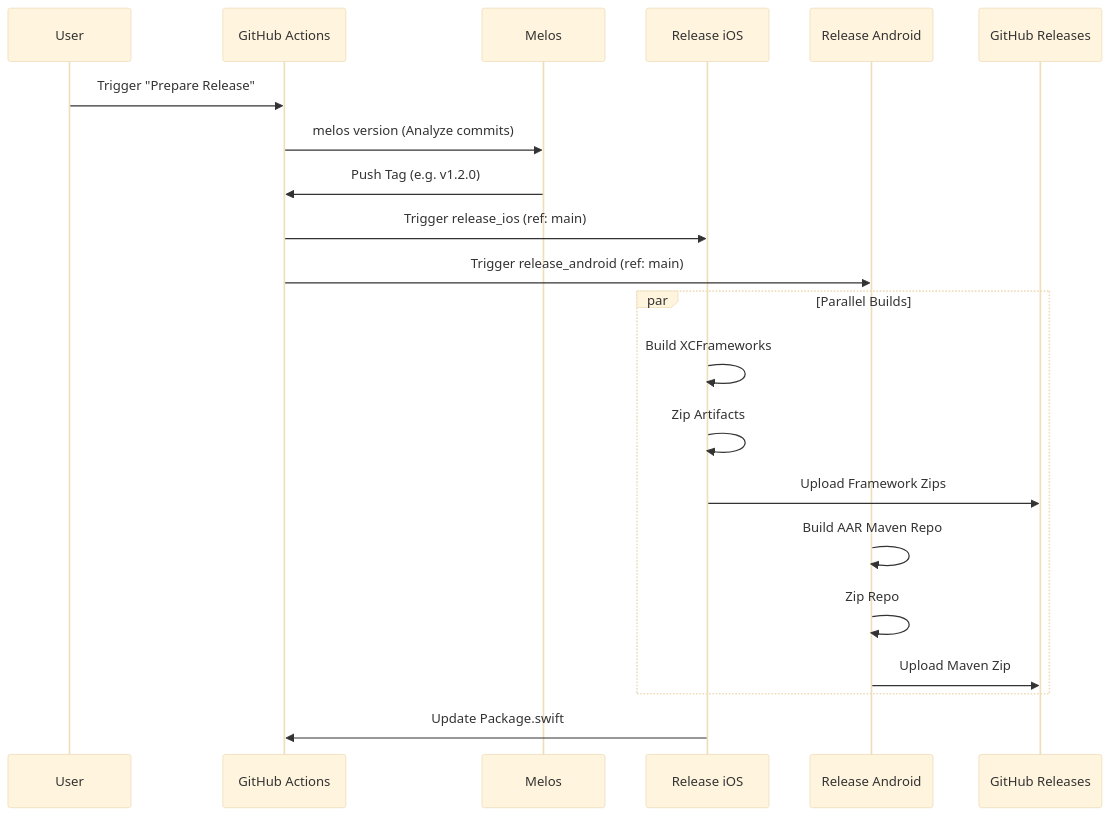
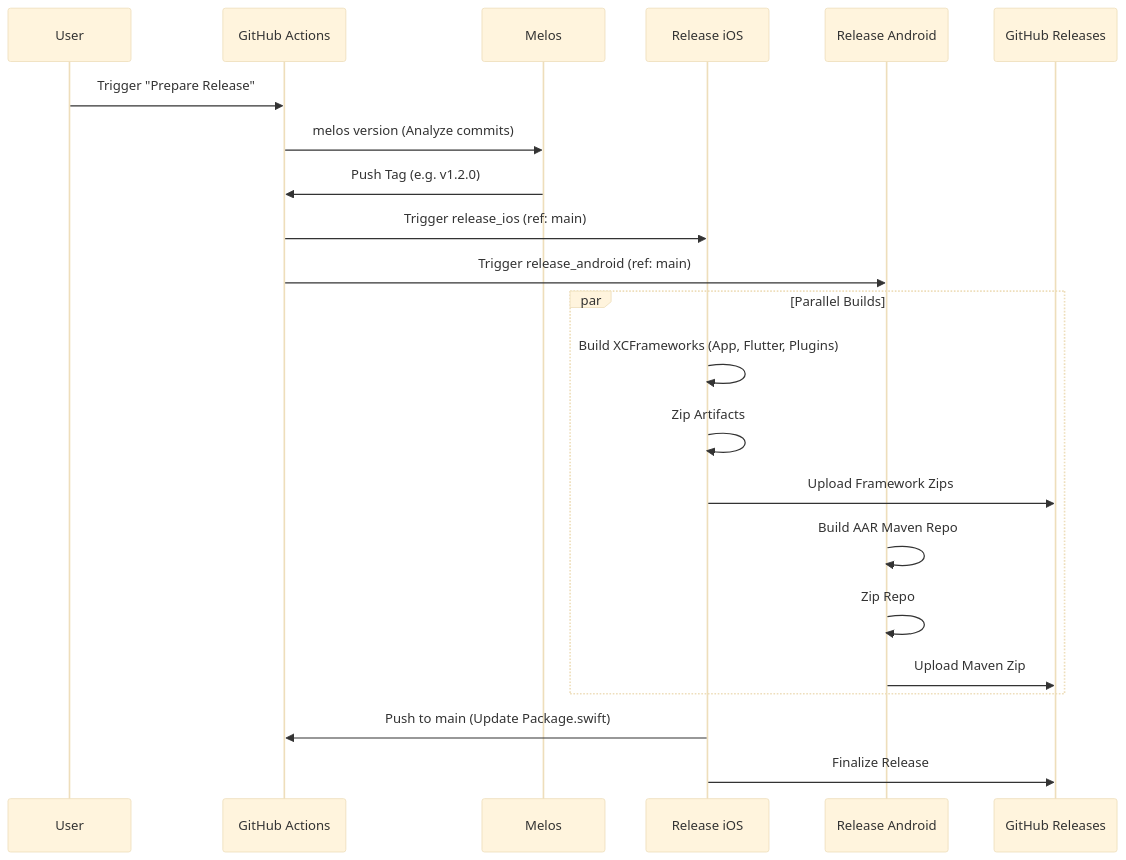
One commit to davidcastano-verygoodventures/flutter_melos_monorepo changed the second of 2 diagrams in CONTRIBUTING.md. Above: the diagram before and after it, drawn with Mermaid (base theme). The commit also changed other lines of this file and 5 other files, not shown here.

````diff
--- a/CONTRIBUTING.md
+++ b/CONTRIBUTING.md
@@ -59,27 +59,28 @@
 ```mermaid
 sequenceDiagram
     participant User
     participant GitHub as GitHub Actions
     participant Melos
     participant iOS as Release iOS
     participant Android as Release Android
     participant Rel as GitHub Releases
 
     User->>GitHub: Trigger "Prepare Release"
     GitHub->>Melos: melos version (Analyze commits)
     Melos->>GitHub: Push Tag (e.g. v1.2.0)
     GitHub->>iOS: Trigger release_ios (ref: main)
     GitHub->>Android: Trigger release_android (ref: main)
     
     par Parallel Builds
-        iOS->>iOS: Build XCFrameworks
+        iOS->>iOS: Build XCFrameworks (App, Flutter, Plugins)
         iOS->>iOS: Zip Artifacts
         iOS->>Rel: Upload Framework Zips
         
         Android->>Android: Build AAR Maven Repo
         Android->>Android: Zip Repo
         Android->>Rel: Upload Maven Zip
     end
     
-    iOS->>GitHub: Update Package.swift
+    iOS->>GitHub: Push to main (Update Package.swift)
+    iOS->>Rel: Finalize Release
 ```
````
